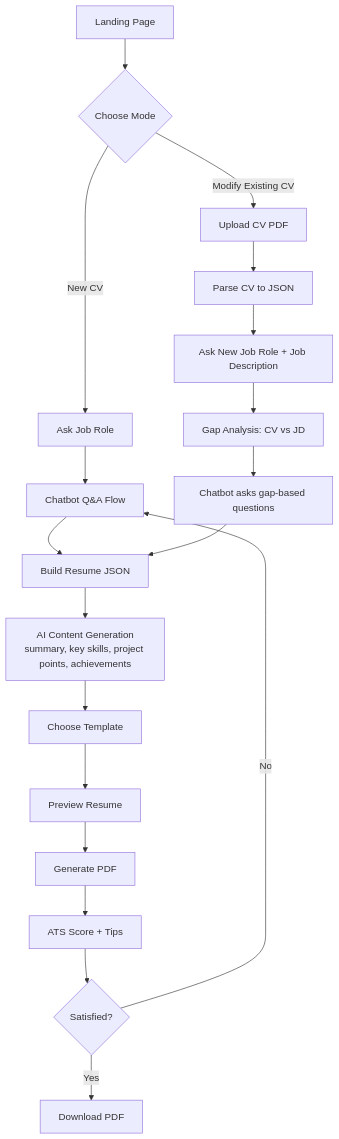
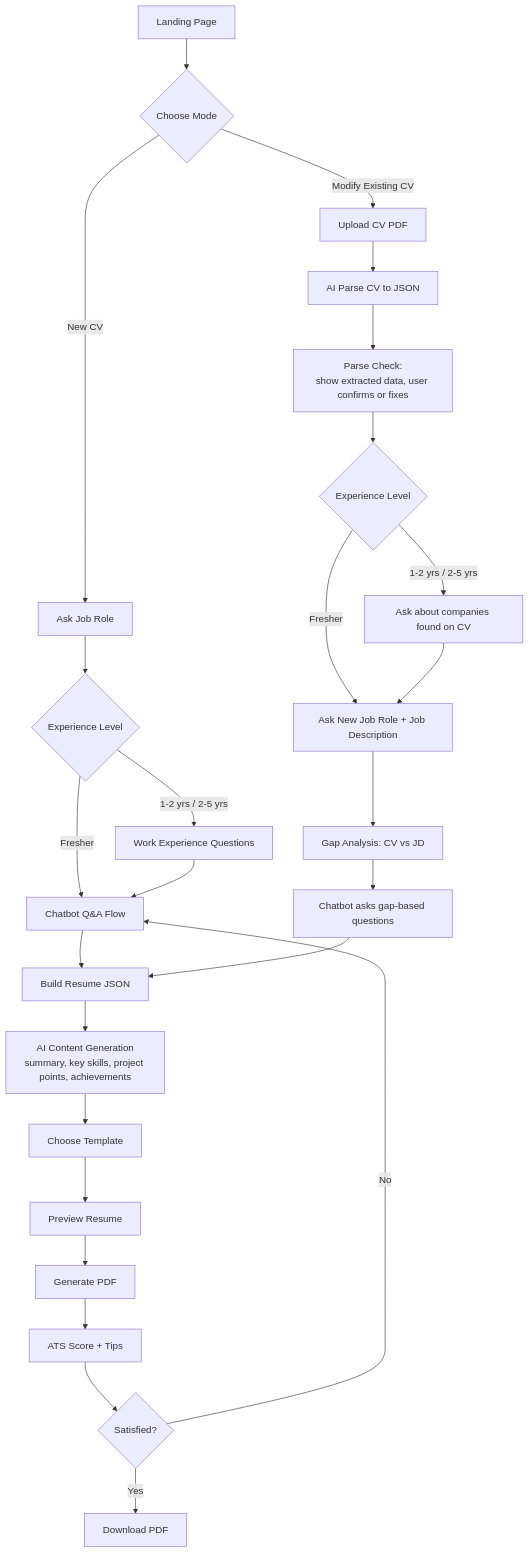
The first of 2 diagrams in README.md (Nabamit/ai-resume-builder-chatbot), drawn with Mermaid before and after one commit. The commit also changed other lines of this file, not shown here.

First line of the commit message:
Enhance README with experience level and parse check details

````diff
--- a/README.md
+++ b/README.md
@@ -35,21 +37,27 @@
 ```mermaid
 flowchart TD
     A[Landing Page] --> B{Choose Mode}
     B -->|New CV| C[Ask Job Role]
     B -->|Modify Existing CV| D[Upload CV PDF]
-    C --> E[Chatbot Q&A Flow]
-    D --> D1[Parse CV to JSON]
-    D1 --> D2[Ask New Job Role + Job Description]
+    C --> C1{Experience Level}
+    C1 -->|Fresher| E[Chatbot Q&A Flow]
+    C1 -->|1-2 yrs / 2-5 yrs| C2[Work Experience Questions] --> E
+    D --> D1[AI Parse CV to JSON]
+    D1 --> P[Parse Check:<br/>show extracted data, user confirms or fixes]
+    P --> X{Experience Level}
+    X -->|Fresher| D2
+    X -->|1-2 yrs / 2-5 yrs| XC[Ask about companies found on CV]
+    XC --> D2[Ask New Job Role + Job Description]
     D2 --> D3[Gap Analysis: CV vs JD]
     D3 --> D4[Chatbot asks gap-based questions]
     E --> F[Build Resume JSON]
     D4 --> F
     F --> G[AI Content Generation<br/>summary, key skills, project points, achievements]
     G --> H[Choose Template]
     H --> I[Preview Resume]
     I --> J[Generate PDF]
     J --> K[ATS Score + Tips]
     K --> L{Satisfied?}
     L -->|No| E
     L -->|Yes| M[Download PDF]
 ```
````
